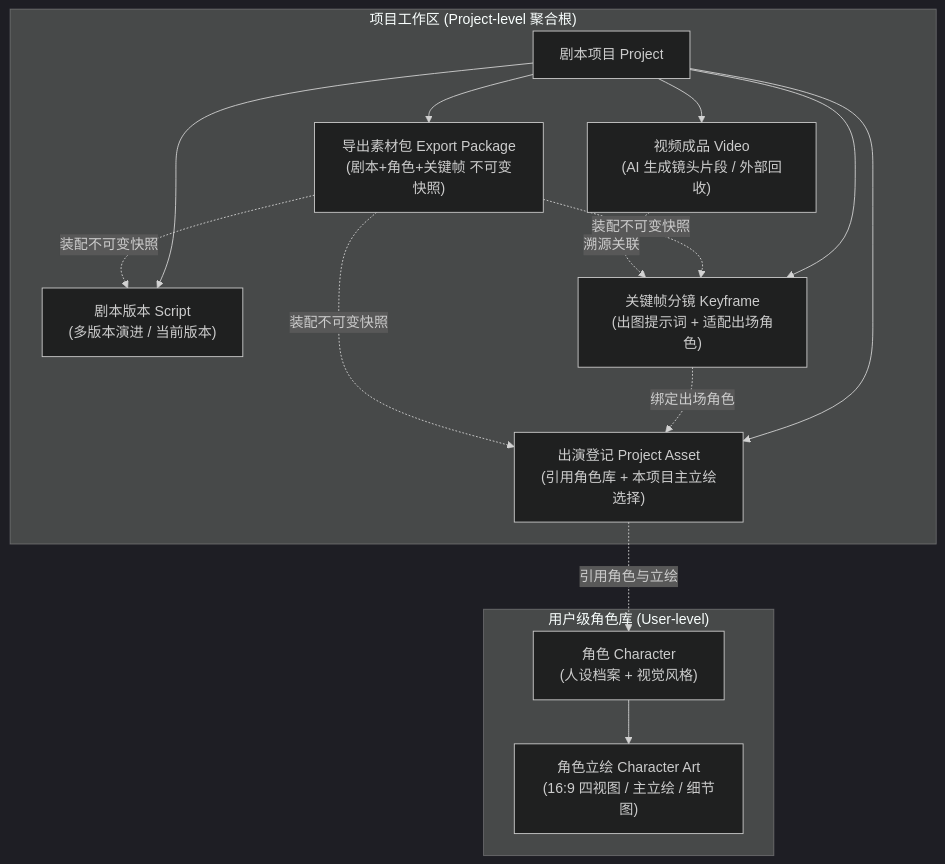
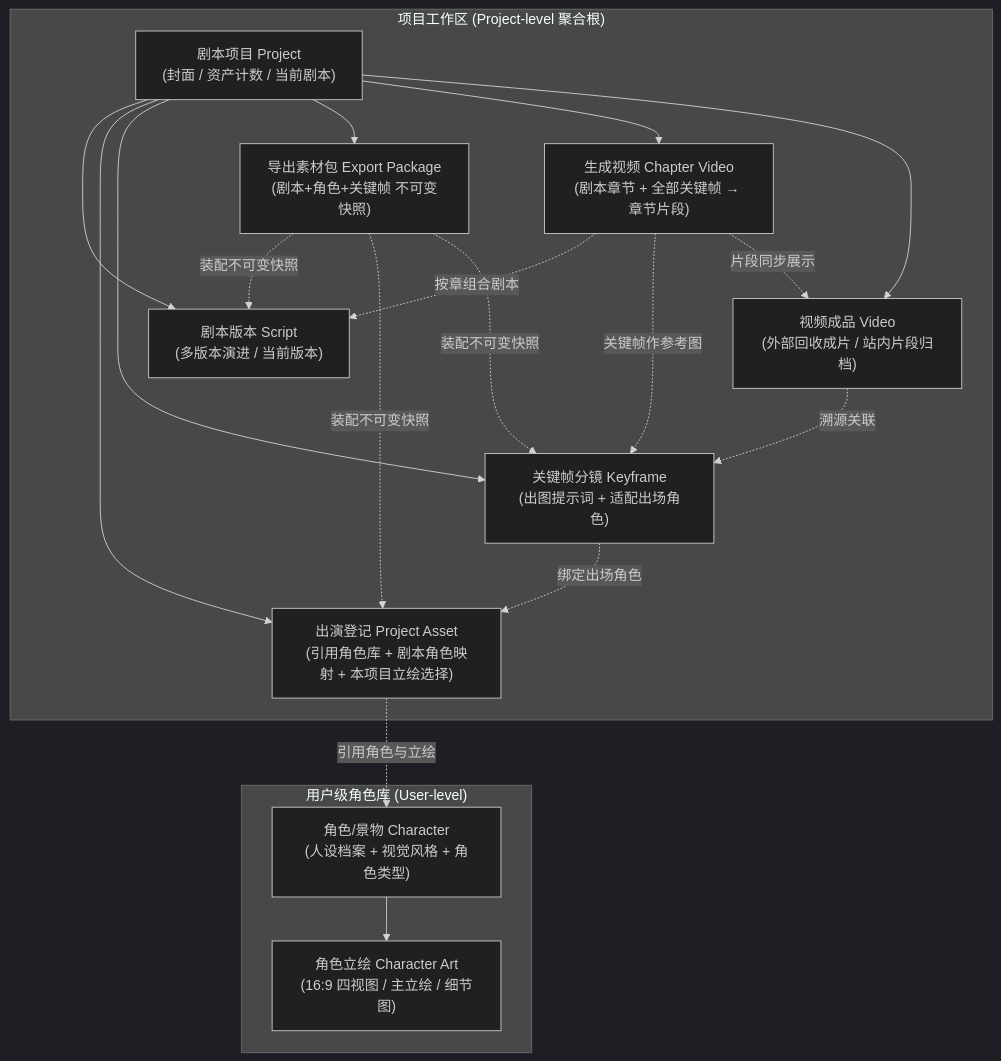
Before and after one commit to mxr-vector/mxr-multi-agent-service: the first of 2 diagrams in readme/STORY.md, drawn with Mermaid (dark theme). The commit also changed other lines of this file and 9 other files, not shown here.

````diff
--- a/readme/STORY.md
+++ b/readme/STORY.md
@@ -25,30 +28,35 @@
 ```mermaid
 flowchart TD
     subgraph 角色库["用户级角色库 (User-level)"]
-        Character["角色 Character<br/>(人设档案 + 视觉风格)"]
+        Character["角色/景物 Character<br/>(人设档案 + 视觉风格 + 角色类型)"]
         Art["角色立绘 Character Art<br/>(16:9 四视图 / 主立绘 / 细节图)"]
         Character --> Art
     end
 
     subgraph 项目工作区["项目工作区 (Project-level 聚合根)"]
-        Project["剧本项目 Project"]
+        Project["剧本项目 Project<br/>(封面 / 资产计数 / 当前剧本)"]
         Script["剧本版本 Script<br/>(多版本演进 / 当前版本)"]
-        Casting["出演登记 Project Asset<br/>(引用角色库 + 本项目主立绘选择)"]
+        Casting["出演登记 Project Asset<br/>(引用角色库 + 剧本角色映射 + 本项目立绘选择)"]
         Keyframe["关键帧分镜 Keyframe<br/>(出图提示词 + 适配出场角色)"]
         ExportPkg["导出素材包 Export Package<br/>(剧本+角色+关键帧 不可变快照)"]
-        Video["视频成品 Video<br/>(AI 生成镜头片段 / 外部回收)"]
+        GenVideo["生成视频 Chapter Video<br/>(剧本章节 + 全部关键帧 → 章节片段)"]
+        Video["视频成品 Video<br/>(外部回收成片 / 站内片段归档)"]
 
         Project --> Script
         Project --> Casting
         Project --> Keyframe
         Project --> ExportPkg
+        Project --> GenVideo
         Project --> Video
     end
 
     Casting -.引用角色与立绘.-> Character
     Keyframe -.绑定出场角色.-> Casting
     ExportPkg -.装配不可变快照.-> Script
     ExportPkg -.装配不可变快照.-> Casting
     ExportPkg -.装配不可变快照.-> Keyframe
+    GenVideo -.按章组合剧本.-> Script
+    GenVideo -.关键帧作参考图.-> Keyframe
+    GenVideo -.片段同步展示.-> Video
     Video -.溯源关联.-> Keyframe
 ```
````
